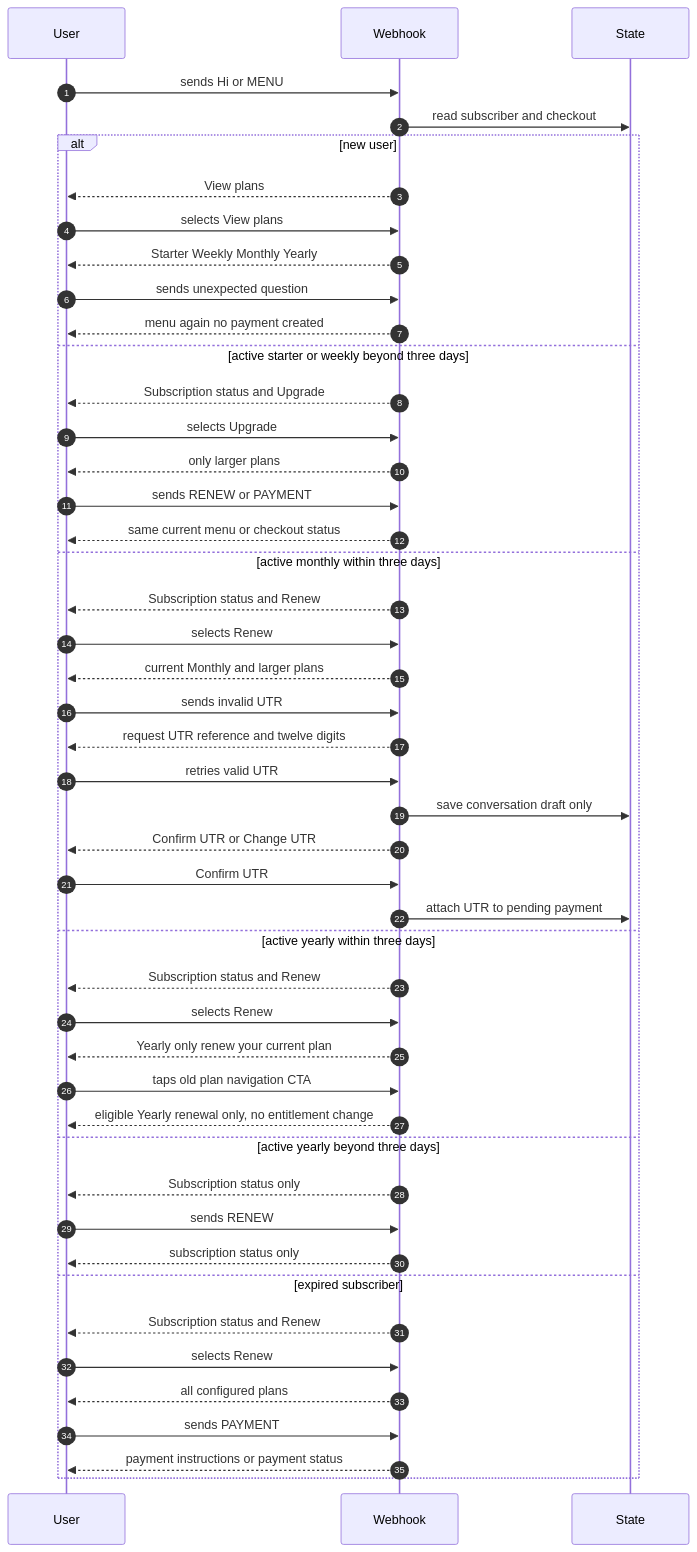
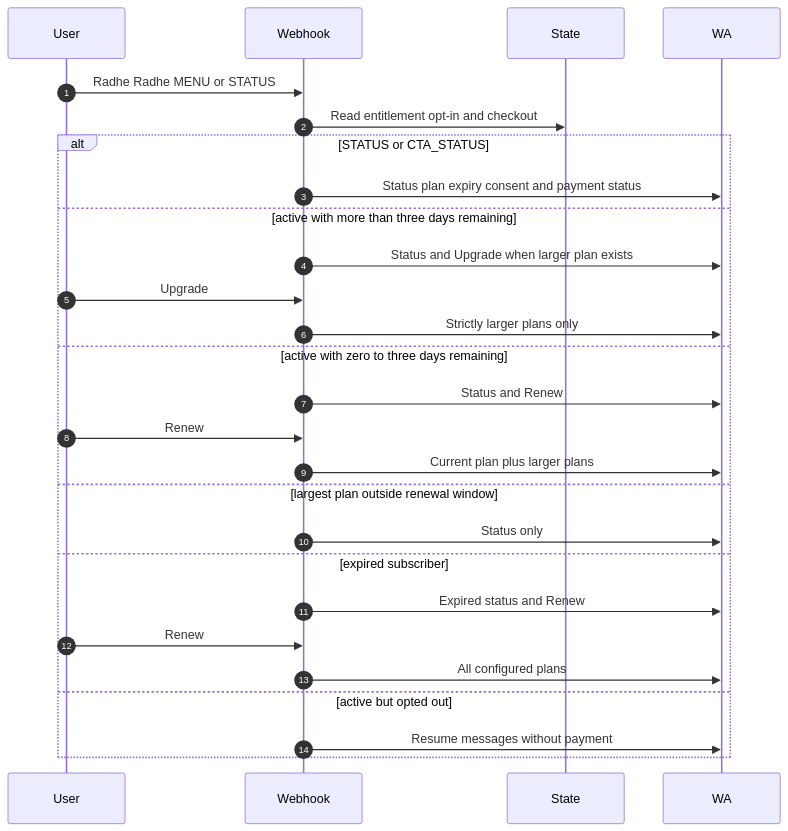
Before and after one commit to mishnit/daily-darshan: the third of 11 diagrams in sequence-diagrams.md, drawn with Mermaid. The commit also changed other lines of this file and 16 other files, not shown here.

````diff
--- a/sequence-diagrams.md
+++ b/sequence-diagrams.md
@@ -324,50 +133,29 @@
 ```mermaid
 sequenceDiagram
     autonumber
     participant User
     participant Webhook
     participant State
-
-    User->>Webhook: sends Hi or MENU
-    Webhook->>State: read subscriber and checkout
-    alt new user
-        Webhook-->>User: View plans
-        User->>Webhook: selects View plans
-        Webhook-->>User: Starter Weekly Monthly Yearly
-        User->>Webhook: sends unexpected question
-        Webhook-->>User: menu again no payment created
-    else active starter or weekly beyond three days
-        Webhook-->>User: Subscription status and Upgrade
-        User->>Webhook: selects Upgrade
-        Webhook-->>User: only larger plans
-        User->>Webhook: sends RENEW or PAYMENT
-        Webhook-->>User: same current menu or checkout status
-    else active monthly within three days
-        Webhook-->>User: Subscription status and Renew
-        User->>Webhook: selects Renew
-        Webhook-->>User: current Monthly and larger plans
-        User->>Webhook: sends invalid UTR
-        Webhook-->>User: request UTR reference and twelve digits
-        User->>Webhook: retries valid UTR
-        Webhook->>State: save conversation draft only
-        Webhook-->>User: Confirm UTR or Change UTR
-        User->>Webhook: Confirm UTR
-        Webhook->>State: attach UTR to pending payment
-    else active yearly within three days
-        Webhook-->>User: Subscription status and Renew
-        User->>Webhook: selects Renew
-        Webhook-->>User: Yearly only renew your current plan
-        User->>Webhook: taps old plan navigation CTA
-        Webhook-->>User: eligible Yearly renewal only, no entitlement change
-    else active yearly beyond three days
-        Webhook-->>User: Subscription status only
-        User->>Webhook: sends RENEW
-        Webhook-->>User: subscription status only
+    participant WA
+    User->>Webhook: Radhe Radhe MENU or STATUS
+    Webhook->>State: Read entitlement opt-in and checkout
+    alt STATUS or CTA_STATUS
+        Webhook->>WA: Status plan expiry consent and payment status
+    else active with more than three days remaining
+        Webhook->>WA: Status and Upgrade when larger plan exists
+        User->>Webhook: Upgrade
+        Webhook->>WA: Strictly larger plans only
+    else active with zero to three days remaining
+        Webhook->>WA: Status and Renew
+        User->>Webhook: Renew
+        Webhook->>WA: Current plan plus larger plans
+    else largest plan outside renewal window
+        Webhook->>WA: Status only
     else expired subscriber
-        Webhook-->>User: Subscription status and Renew
-        User->>Webhook: selects Renew
-        Webhook-->>User: all configured plans
-        User->>Webhook: sends PAYMENT
-        Webhook-->>User: payment instructions or payment status
+        Webhook->>WA: Expired status and Renew
+        User->>Webhook: Renew
+        Webhook->>WA: All configured plans
+    else active but opted out
+        Webhook->>WA: Resume messages without payment
     end
 ```
````
